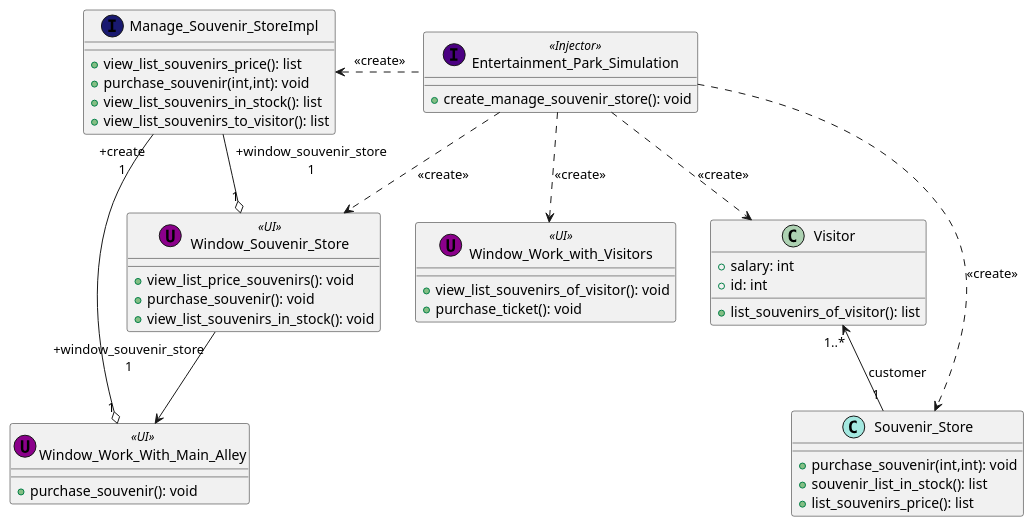
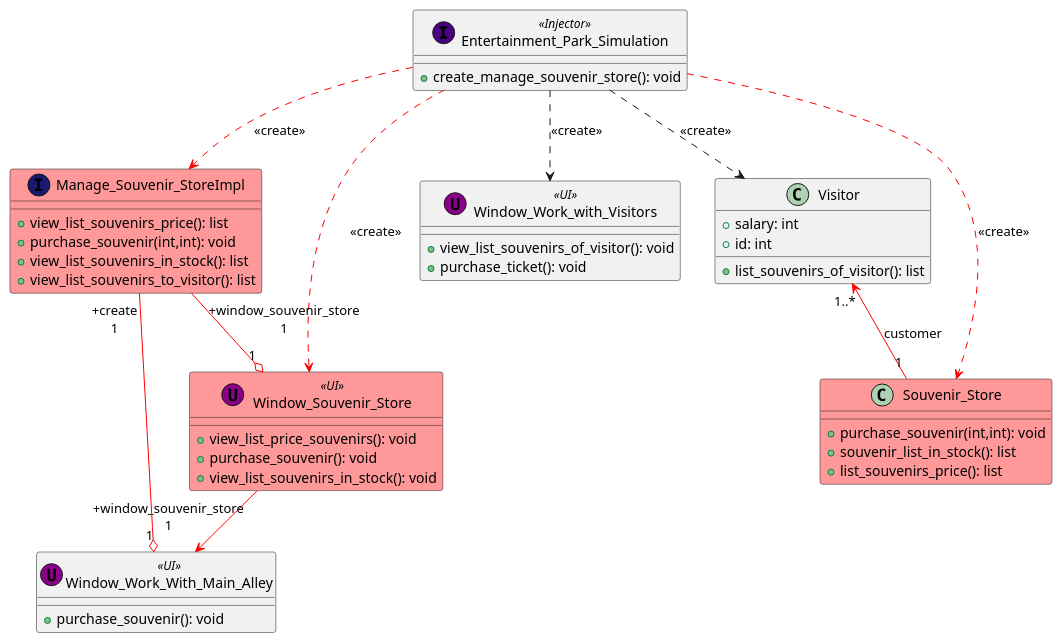
The diagram in description/diagrams/diagrams-en/development-class/class-develop-souvenir-shop.wsd (mzhirko/amusement-park), drawn with PlantUML before and after one commit. The commit also changed 11 other files, not shown here.

Commit message:
Add colors to the development diagrams && LES FINALES

```diff
--- a/description/diagrams/diagrams-en/development-class/class-develop-souvenir-shop.wsd
+++ b/description/diagrams/diagrams-en/development-class/class-develop-souvenir-shop.wsd
@@ -1,49 +1,56 @@
 @startuml
-Entertainment_Park_Simulation .left.> Manage_Souvenir_StoreImpl: <<create>>
-Entertainment_Park_Simulation ..> Window_Souvenir_Store: <<create>>
+Entertainment_Park_Simulation .[#red].> Manage_Souvenir_StoreImpl: <<create>>
+Entertainment_Park_Simulation .[#red].> Window_Souvenir_Store: <<create>>
 Entertainment_Park_Simulation ..> Window_Work_with_Visitors: <<create>>
 Entertainment_Park_Simulation ..> Visitor: <<create>>
-Entertainment_Park_Simulation .> Souvenir_Store: <<create>>
-Window_Souvenir_Store " +window_souvenir_store\n 1" --> Window_Work_With_Main_Alley
-Manage_Souvenir_StoreImpl " +window_souvenir_store\n 1" --o "1" Window_Souvenir_Store
-Manage_Souvenir_StoreImpl " +create\n 1" --o "1" Window_Work_With_Main_Alley
-Visitor "1..*" <-- "1" Souvenir_Store: customer
+Entertainment_Park_Simulation .[#red].> Souvenir_Store: <<create>>
+Window_Souvenir_Store " +window_souvenir_store\n 1" -[#red]-> Window_Work_With_Main_Alley
+Manage_Souvenir_StoreImpl " +window_souvenir_store\n 1" -[#red]-o "1" Window_Souvenir_Store
+Manage_Souvenir_StoreImpl " +create\n 1" -[#red]-o "1" Window_Work_With_Main_Alley
+Visitor "1..*" <-[#red]- "1" Souvenir_Store: customer
 
 class Entertainment_Park_Simulation << (I,Indigo) Injector >> {
     +create_manage_souvenir_store(): void
 }
 
 class Window_Souvenir_Store << (U,DarkMagenta) UI>> {
     + view_list_price_souvenirs(): void
     + purchase_souvenir(): void
     + view_list_souvenirs_in_stock(): void
 }
 
 class Manage_Souvenir_StoreImpl << (I,MidnightBlue) >> {
     + view_list_souvenirs_price(): list
     + purchase_souvenir(int,int): void
     + view_list_souvenirs_in_stock(): list
     + view_list_souvenirs_to_visitor(): list
 }
 
 class Window_Work_with_Visitors << (U,DarkMagenta) UI>> {
     + view_list_souvenirs_of_visitor(): void
     + purchase_ticket(): void
 }
 
 class Visitor {
     + salary: int
     + id: int
     + list_souvenirs_of_visitor(): list
 }
 
-class Souvenir_Store << (C,#a4e8e0) >> {
+class Souvenir_Store #ff9999 {
     + purchase_souvenir(int,int): void
     + souvenir_list_in_stock(): list
     + list_souvenirs_price(): list
 }
 
 class Window_Work_With_Main_Alley << (U,DarkMagenta) UI>> {
     + purchase_souvenir(): void
 }
+
+class Window_Souvenir_Store #ff9999 {
+}
+
+class Manage_Souvenir_StoreImpl #ff9999 {
+}
+
 @enduml
```
